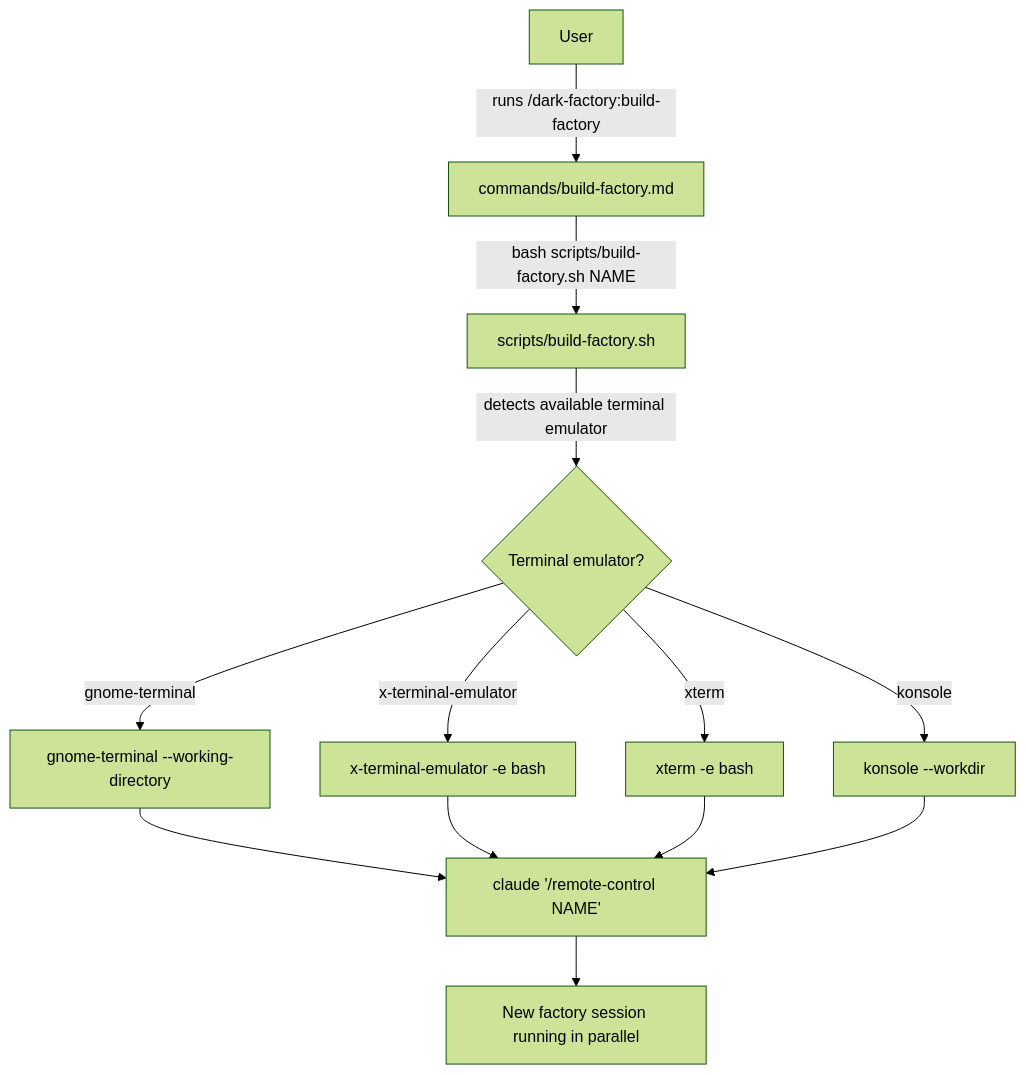
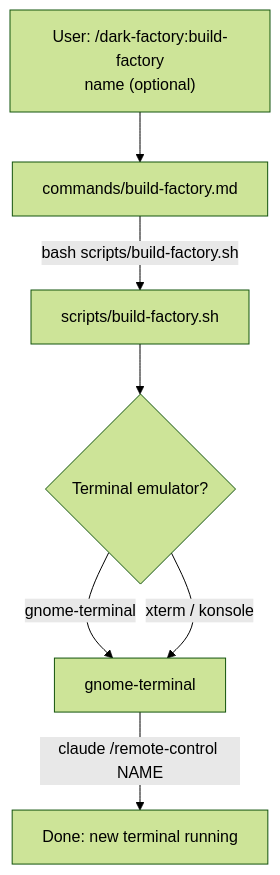
Before and after one commit to lewibs/dark-factory: the diagram in docs/docs/build-factory.md, drawn with Mermaid (forest theme). The commit also changed other lines of this file and 11 other files, not shown here.

````diff
--- a/docs/docs/build-factory.md
+++ b/docs/docs/build-factory.md
@@ -13,15 +7,9 @@
 ```mermaid
 flowchart TD
-  User[User] -->|runs /dark-factory:build-factory| Command[commands/build-factory.md]
-  Command -->|bash scripts/build-factory.sh NAME| Script[scripts/build-factory.sh]
-  Script -->|detects available terminal emulator| Detect{Terminal emulator?}
-  Detect -->|gnome-terminal| GnomeTerminal[gnome-terminal --working-directory]
-  Detect -->|x-terminal-emulator| XTE[x-terminal-emulator -e bash]
-  Detect -->|xterm| Xterm[xterm -e bash]
-  Detect -->|konsole| Konsole[konsole --workdir]
-  GnomeTerminal --> RC[claude '/remote-control NAME']
-  XTE --> RC
-  Xterm --> RC
-  Konsole --> RC
-  RC --> FactorySession[New factory session running in parallel]
+  User["User: /dark-factory:build-factory<br/>name (optional)"] --> Cmd["commands/build-factory.md"]
+  Cmd -->|"bash scripts/build-factory.sh"| Script["scripts/build-factory.sh"]
+  Script --> Detect{"Terminal emulator?"}
+  Detect -->|"gnome-terminal"| Terminal["gnome-terminal"]
+  Detect -->|"xterm / konsole"| Terminal
+  Terminal -->|"claude /remote-control NAME"| Done["Done: new terminal running"]
 ```
````
